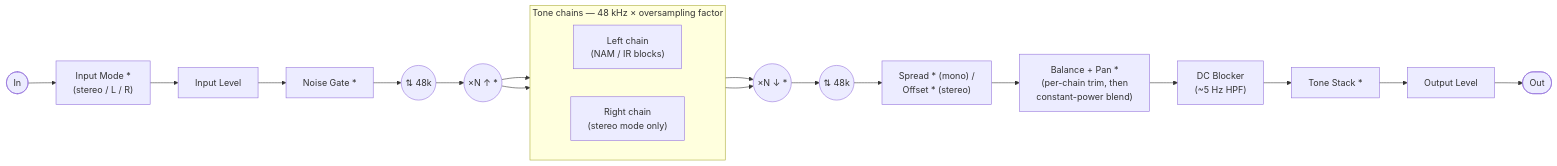
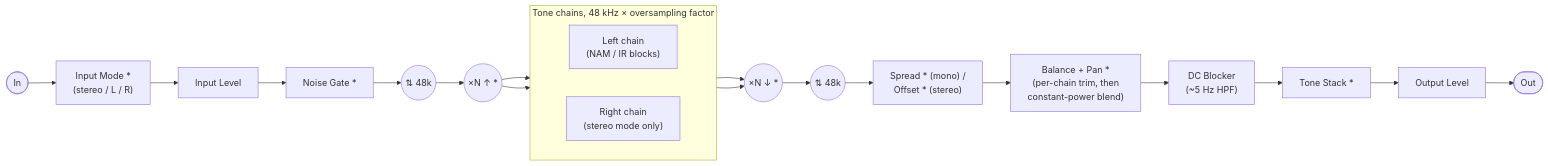
Before and after one commit to tone-3000/tone3000-plugin: the first of 2 diagrams in README.md, drawn with Mermaid. The commit also changed other lines of this file and 155 other files, not shown here.

````diff
--- a/README.md
+++ b/README.md
@@ -191,24 +161,24 @@
 ```mermaid
 flowchart LR
     IN([In]) --> IM["Input Mode&nbsp;*<br/>(stereo / L / R)"]
     IM --> IG["Input Level"]
     IG --> GATE["Noise Gate&nbsp;*"]
     GATE --> RS(("⇅ 48k"))
     RS --> OS(("×N ↑&nbsp;*"))
-    subgraph CHAINS["Tone chains — 48 kHz × oversampling factor"]
+    subgraph CHAINS["Tone chains, 48 kHz × oversampling factor"]
         direction LR
         CL["Left chain<br/>(NAM / IR blocks)"]
         CR["Right chain<br/>(stereo mode only)"]
     end
     OS --> CL
     OS --> CR
     CL --> OS2(("×N ↓&nbsp;*"))
     CR --> OS2
     OS2 --> RS2(("⇅ 48k"))
     RS2 --> IMAGE["Spread&nbsp;* (mono) /<br/>Offset&nbsp;* (stereo)"]
     IMAGE --> PAN["Balance + Pan&nbsp;*<br/>(per-chain trim, then<br/>constant-power blend)"]
     PAN --> DCB["DC Blocker<br/>(~5 Hz HPF)"]
     DCB --> TS["Tone Stack&nbsp;*"]
     TS --> OG["Output Level"]
     OG --> OUT([Out])
 ```
````
